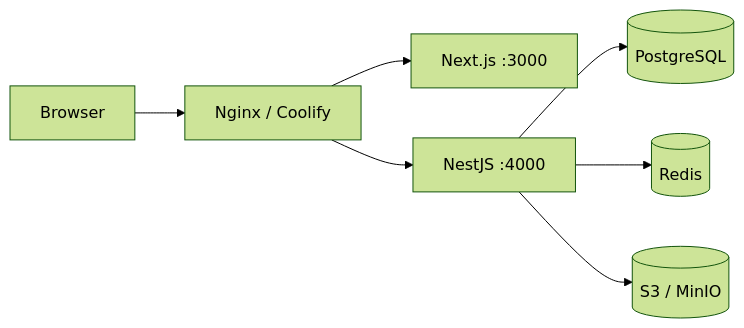
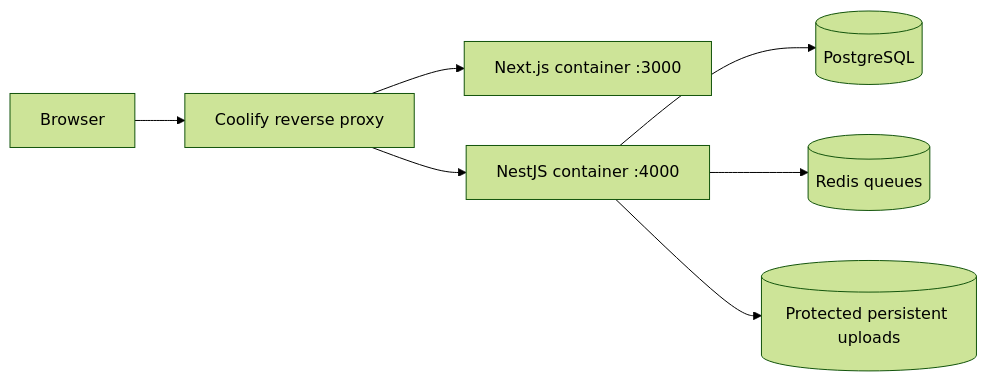
The diagram in docs/DEPLOYMENT_GUIDE.md (shodh-ai/Falcon), drawn with Mermaid (forest theme) before and after one commit. The commit also changed other lines of this file and 5 other files, not shown here.

````diff
--- a/docs/DEPLOYMENT_GUIDE.md
+++ b/docs/DEPLOYMENT_GUIDE.md
@@ -23,9 +52,9 @@
 ```mermaid
 flowchart LR
-  User[Browser] --> Nginx[Nginx / Coolify]
-  Nginx --> FE[Next.js :3000]
-  Nginx --> API[NestJS :4000]
+  User[Browser] --> Proxy[Coolify reverse proxy]
+  Proxy --> FE[Next.js container :3000]
+  Proxy --> API[NestJS container :4000]
   API --> PG[(PostgreSQL)]
-  API --> Redis[(Redis)]
-  API --> S3[(S3 / MinIO)]
+  API --> Redis[(Redis queues)]
+  API --> Uploads[(Protected persistent uploads)]
 ```
````
